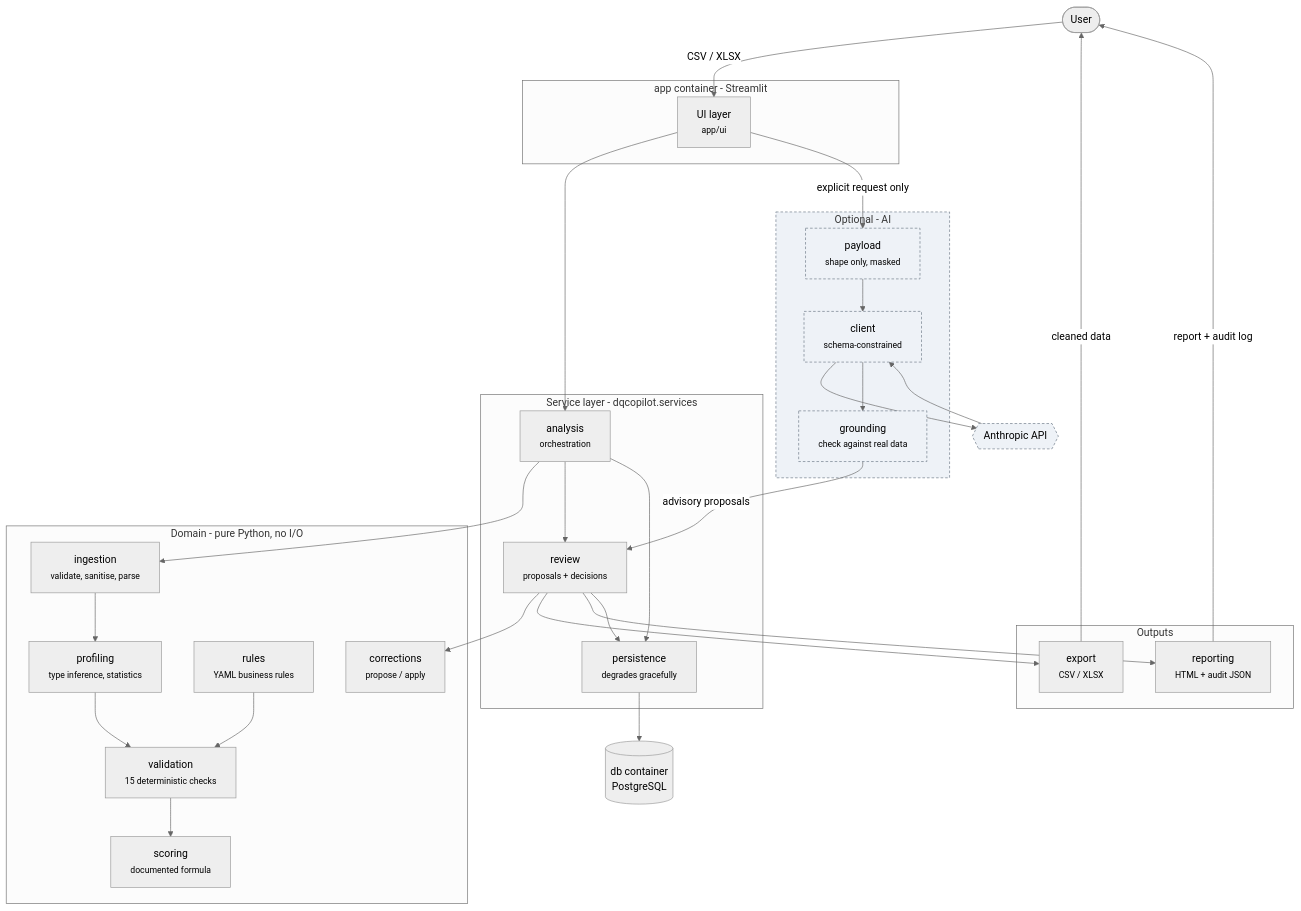
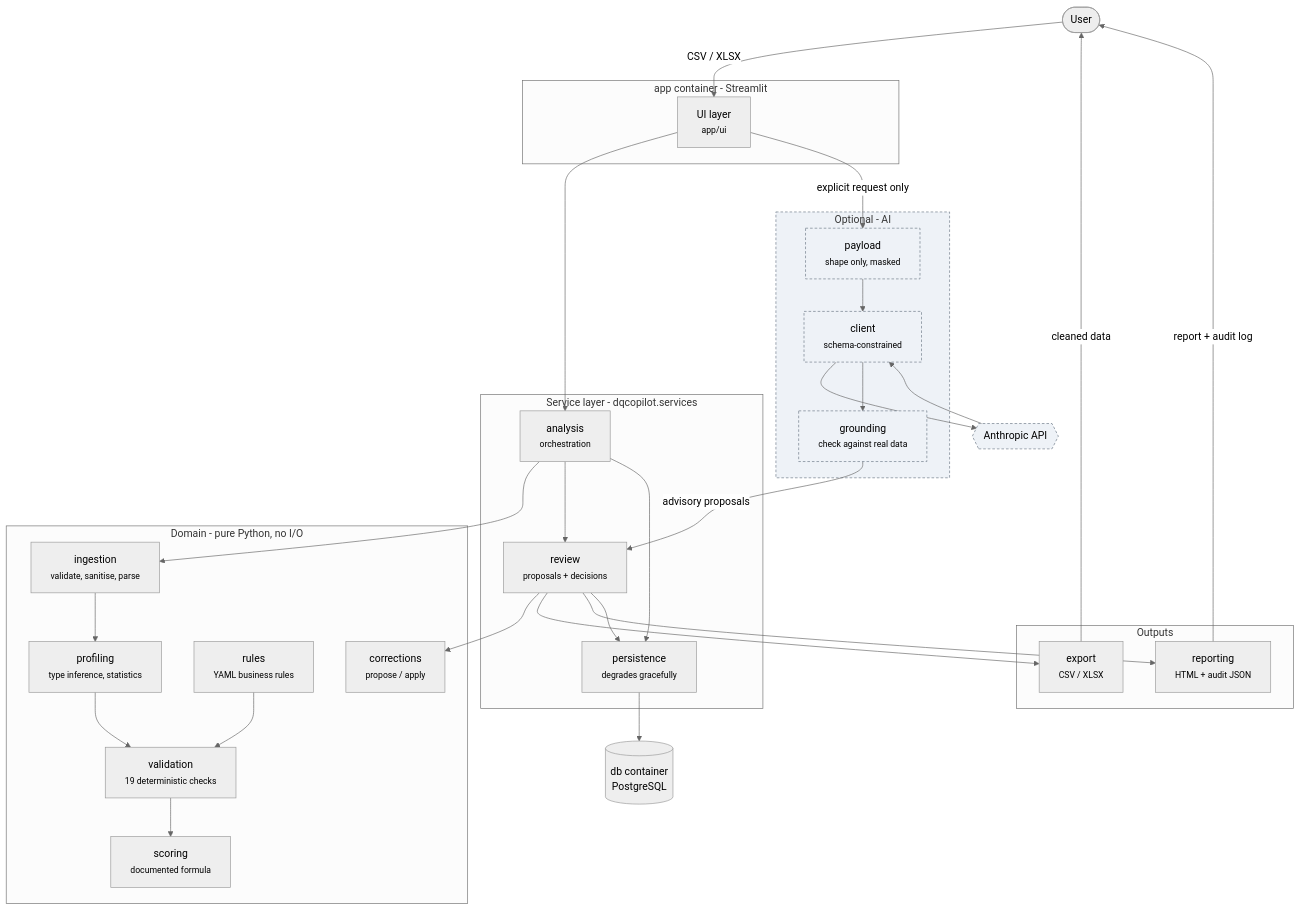
One commit to DanieleBrignani/data-quality-copilot changed the diagram in README.md. Above: the diagram before and after it, drawn with Mermaid (neutral theme). The commit also changed other lines of this file and 19 other files, not shown here.

````diff
--- a/README.md
+++ b/README.md
@@ -143,58 +143,58 @@
 ```mermaid
 flowchart TB
     User(["User"])
 
     subgraph app["app container - Streamlit"]
         UI["UI layer<br/><small>app/ui</small>"]
     end
 
     subgraph services["Service layer - dqcopilot.services"]
         Analysis["analysis<br/><small>orchestration</small>"]
         Review["review<br/><small>proposals + decisions</small>"]
         Persist["persistence<br/><small>degrades gracefully</small>"]
     end
 
     subgraph core["Domain - pure Python, no I/O"]
         Ingest["ingestion<br/><small>validate, sanitise, parse</small>"]
         Profile["profiling<br/><small>type inference, statistics</small>"]
-        Validate["validation<br/><small>15 deterministic checks</small>"]
+        Validate["validation<br/><small>19 deterministic checks</small>"]
         Rules["rules<br/><small>YAML business rules</small>"]
         Correct["corrections<br/><small>propose / apply</small>"]
         Score["scoring<br/><small>documented formula</small>"]
     end
 
     subgraph optional["Optional - AI"]
         Payload["payload<br/><small>shape only, masked</small>"]
         Client["client<br/><small>schema-constrained</small>"]
         Ground["grounding<br/><small>check against real data</small>"]
     end
 
     subgraph out["Outputs"]
         Export["export<br/><small>CSV / XLSX</small>"]
         Report["reporting<br/><small>HTML + audit JSON</small>"]
     end
 
     DB[("db container<br/>PostgreSQL")]
     Anthropic{{"Anthropic API"}}
 
     User -->|"CSV / XLSX"| UI
     UI --> Analysis
     Analysis --> Ingest --> Profile --> Validate
     Rules --> Validate
     Validate --> Score
     Analysis --> Review
     Review --> Correct
     UI -->|"explicit request only"| Payload
     Payload --> Client --> Anthropic
     Anthropic --> Client --> Ground
     Ground -->|"advisory proposals"| Review
     Review --> Export
     Review --> Report
     Analysis --> Persist --> DB
     Review --> Persist
     Export -->|"cleaned data"| User
     Report -->|"report + audit log"| User
 
     classDef ai fill:#eef2f7,stroke:#6b7785,stroke-dasharray: 4 3
     class optional,Payload,Client,Ground,Anthropic ai
 ```
````
